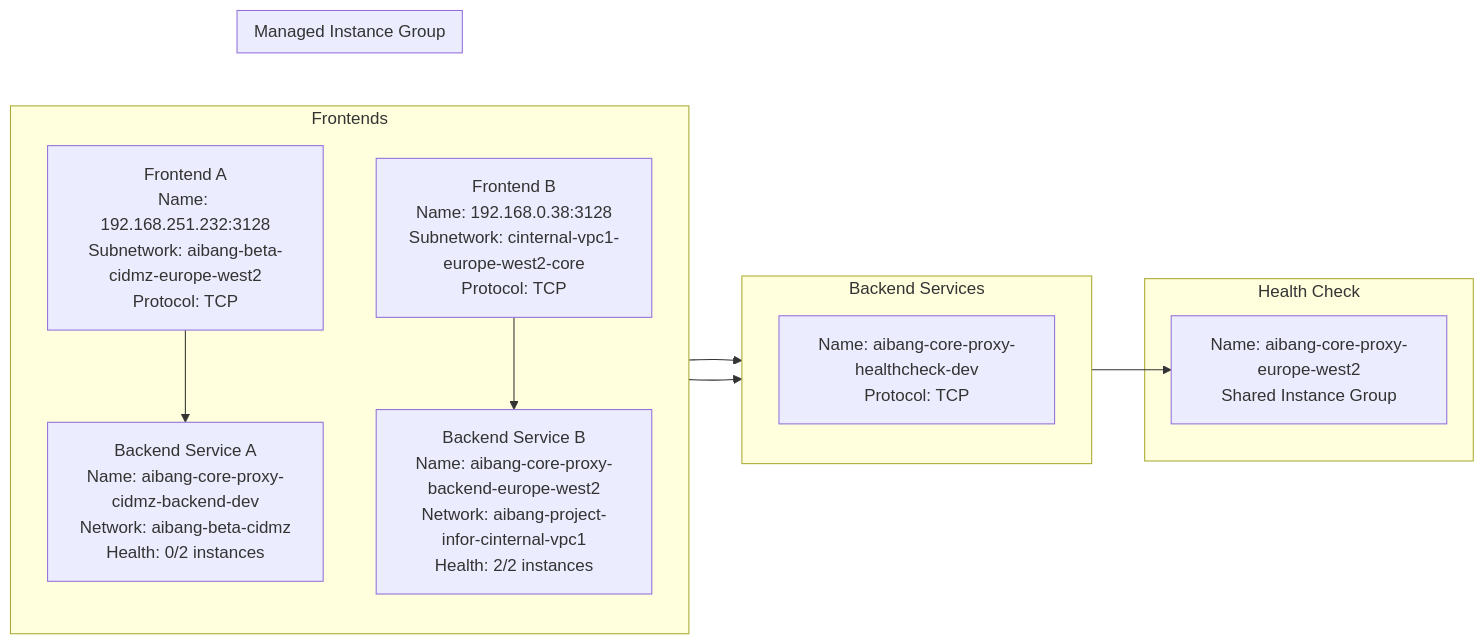
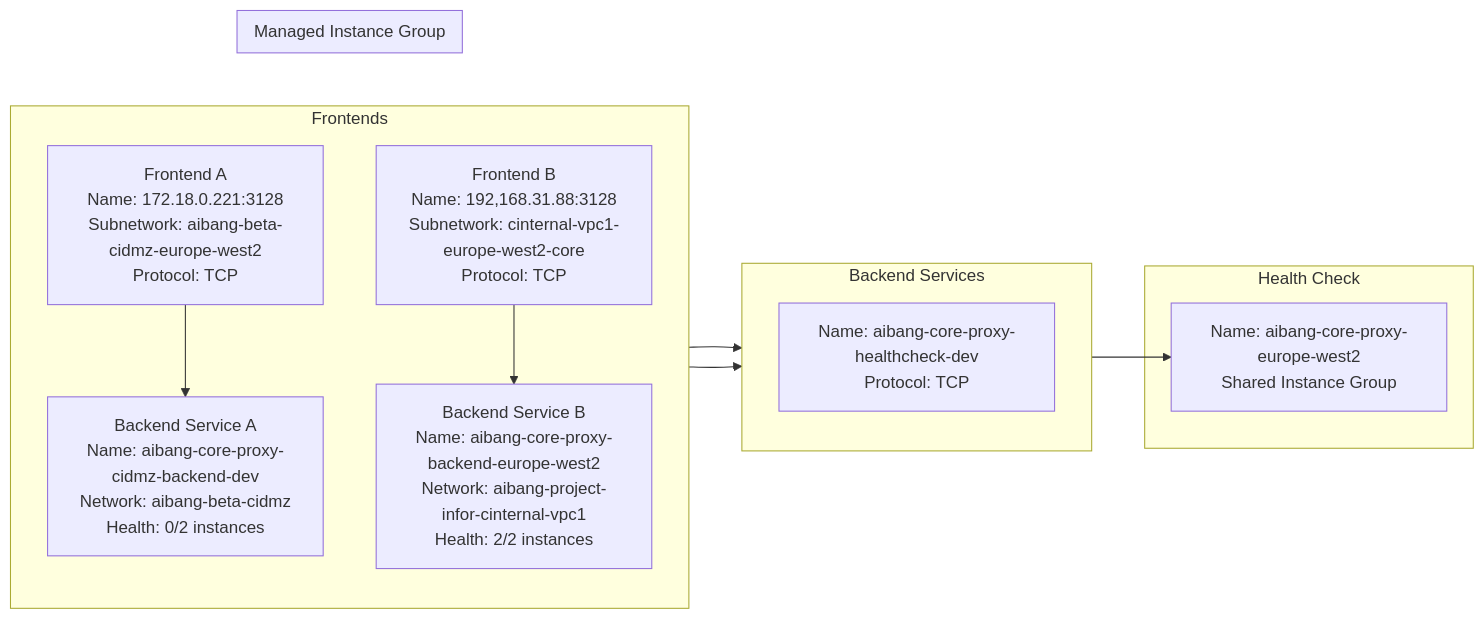
Before and after one commit to aibangjuxin/groovy: the sixth of 9 diagrams in gcp/lb-health-mig.md, drawn with Mermaid. The commit also changed other lines of this file, not shown here.

````diff
--- a/gcp/lb-health-mig.md
+++ b/gcp/lb-health-mig.md
@@ -385,22 +385,22 @@
 ```mermaid
 flowchart LR
     subgraph Frontends["Frontends"]
         direction TB
-        F1["Frontend A<br>Name: 192.168.251.232:3128<br>Subnetwork: aibang-beta-cidmz-europe-west2<br>Protocol: TCP"] --> BS1
-        F2["Frontend B<br>Name: 192.168.0.38:3128<br>Subnetwork: cinternal-vpc1-europe-west2-core<br>Protocol: TCP"] --> BS2
+        F1["Frontend A<br>Name: 172.18.0.221:3128<br>Subnetwork: aibang-beta-cidmz-europe-west2<br>Protocol: TCP"] --> BS1
+        F2["Frontend B<br>Name: 192,168.31.88:3128<br>Subnetwork: cinternal-vpc1-europe-west2-core<br>Protocol: TCP"] --> BS2
     end
 
     subgraph Backends["Backend Services"]
         direction TB
         BS1["Backend Service A<br>Name: aibang-core-proxy-cidmz-backend-dev<br>Network: aibang-beta-cidmz<br>Health: 0/2 instances"] --> HC
         BS2["Backend Service B<br>Name: aibang-core-proxy-backend-europe-west2<br>Network: aibang-project-infor-cinternal-vpc1<br>Health: 2/2 instances"] --> HC
     end
 
     subgraph HealthCheck["Health Check"]
         HC["Name: aibang-core-proxy-healthcheck-dev<br>Protocol: TCP"] --> MIG
     end
 
     subgraph Instance_Group["Managed Instance Group"]
         MIG["Name: aibang-core-proxy-europe-west2<br>Shared Instance Group"]
     end
 ```
````
